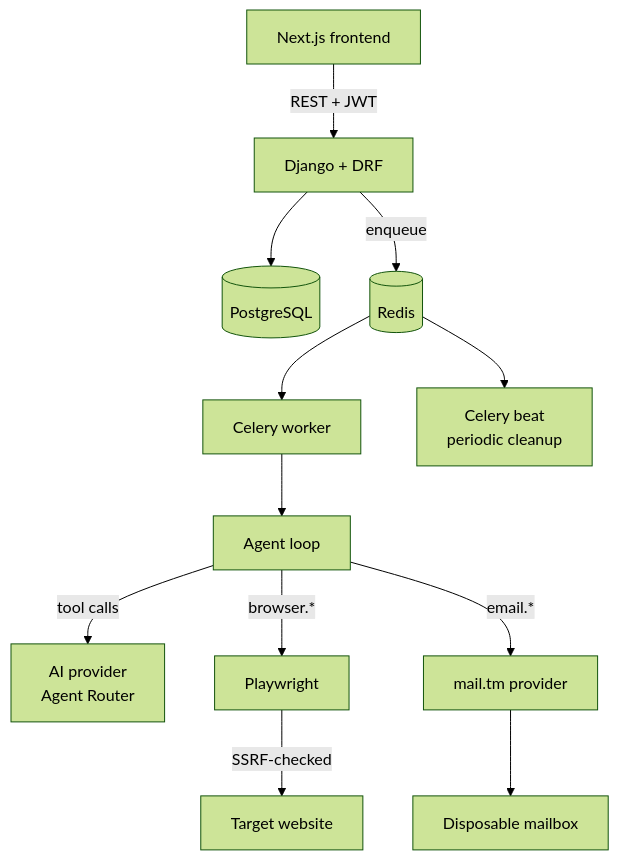
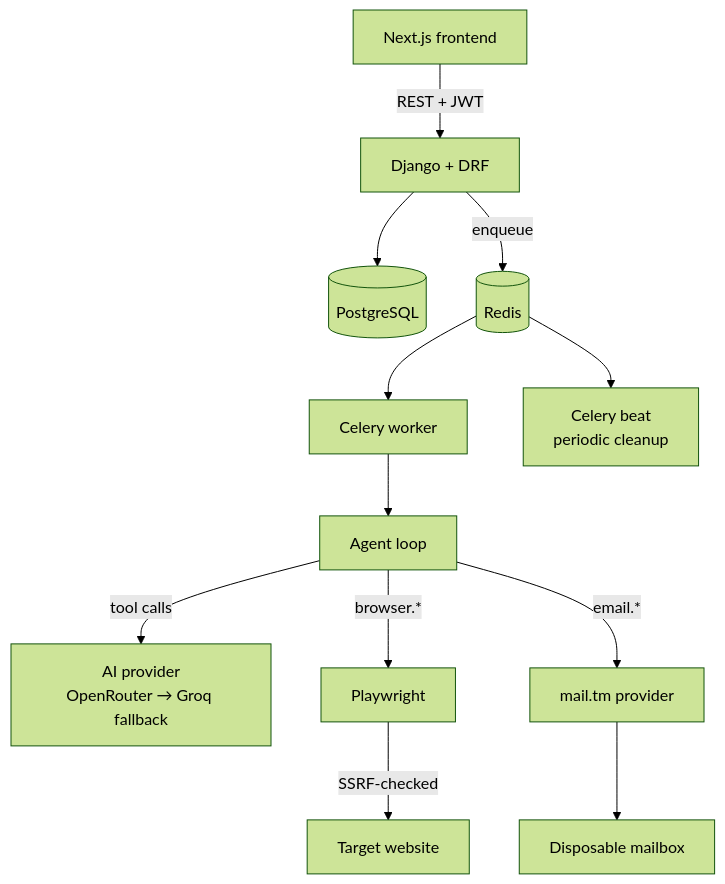
One commit to Rockstarbryant/temp-identity-agent changed the diagram in docs/architecture.md. Above: the diagram before and after it, drawn with Mermaid (forest theme). The commit also changed other lines of this file and 21 other files, not shown here.

Commit message:
Change agent router provider to openrouter/free provider

````diff
--- a/docs/architecture.md
+++ b/docs/architecture.md
@@ -5,14 +5,14 @@
 ```mermaid
 graph TD
     FE[Next.js frontend] -->|REST + JWT| BE[Django + DRF]
     BE --> DB[(PostgreSQL)]
     BE -->|enqueue| REDIS[(Redis)]
     REDIS --> WORKER[Celery worker]
     REDIS --> BEAT[Celery beat<br/>periodic cleanup]
     WORKER --> AGENT[Agent loop]
-    AGENT -->|tool calls| AI[AI provider<br/>Agent Router]
+    AGENT -->|tool calls| AI[AI provider<br/>OpenRouter → Groq fallback]
     AGENT -->|browser.*| PW[Playwright]
     AGENT -->|email.*| MAIL[mail.tm provider]
     PW -->|SSRF-checked| TARGET[Target website]
     MAIL --> INBOX[Disposable mailbox]
 ```
````
